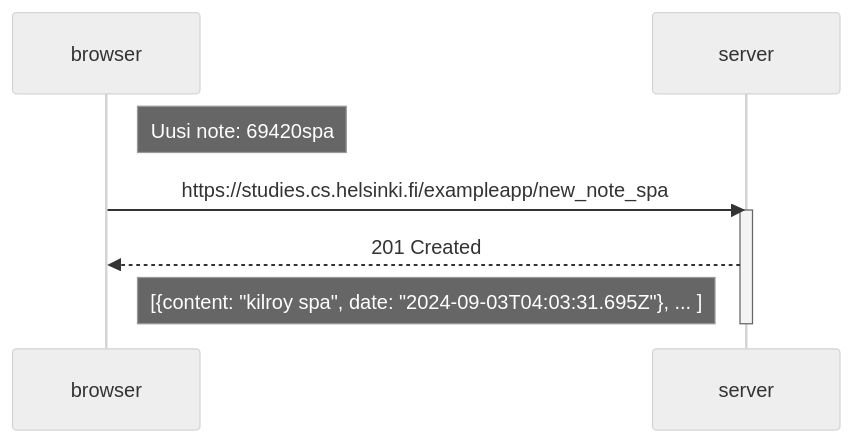
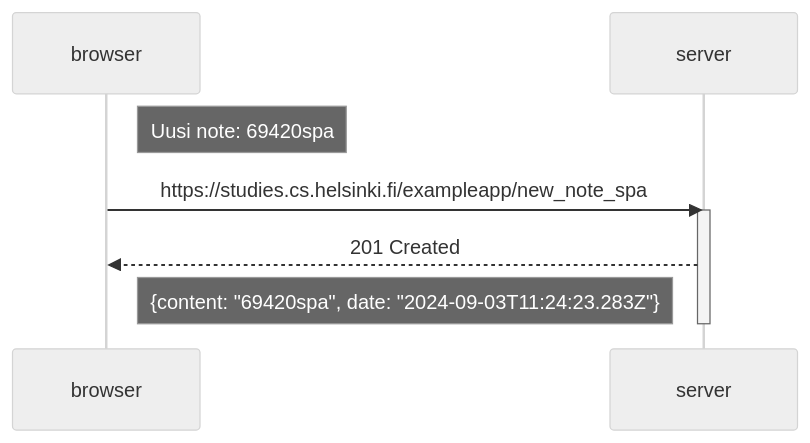
Before and after one commit to Seakorv/FullStackOpen: the diagram in osa0/0_6.md, drawn with Mermaid (neutral theme).

````diff
--- a/osa0/0_6.md
+++ b/osa0/0_6.md
@@ -1,14 +1,14 @@
 ```mermaid
 sequenceDiagram
     participant browser
     participant server
 
     Note right of browser: Uusi note: 69420spa
     
     browser->>server: https://studies.cs.helsinki.fi/exampleapp/new_note_spa
     activate server
     server-->>browser: 201 Created
-    Note right of browser: [{content: "kilroy spa", date: "2024-09-03T04:03:31.695Z"}, ... ]
+    Note right of browser: {content: "69420spa", date: "2024-09-03T11:24:23.283Z"}
     deactivate server    
 
 ```
````
